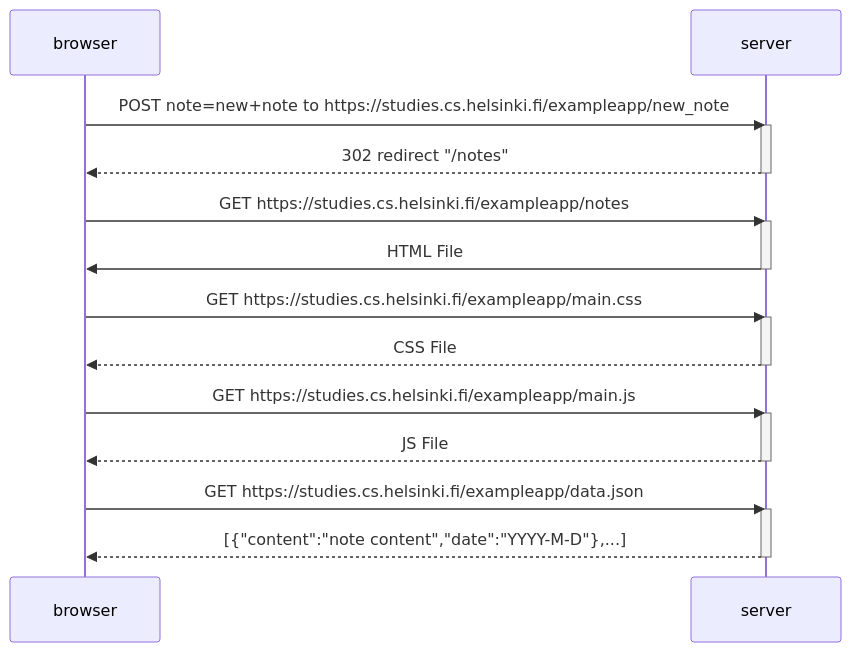
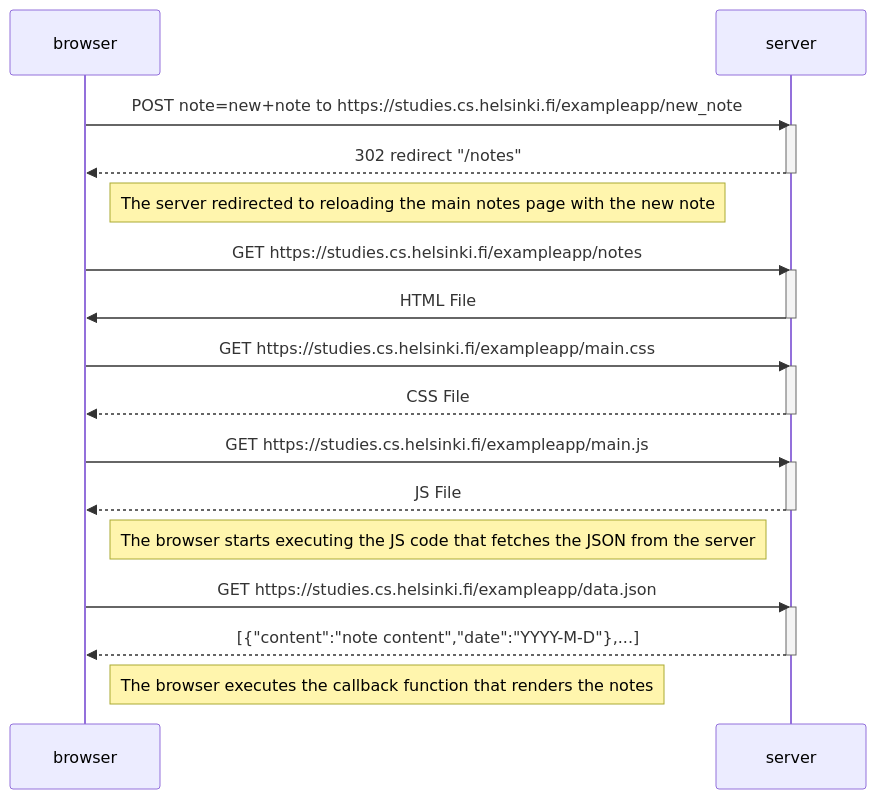
The diagram in Part0/DiagramExercises/NewNoteDiagram.md (Joehl1103/FullStackOpen-Joehl1103), drawn with Mermaid before and after one commit.

Commit message:
Update NewNoteDiagram.md
updated notes in NewNoteDiagram

````diff
--- a/Part0/DiagramExercises/NewNoteDiagram.md
+++ b/Part0/DiagramExercises/NewNoteDiagram.md
@@ -1,30 +1,36 @@
 ```mermaid
 sequenceDiagram
   participant browser
   participant server
 
   browser->>server: POST note=new+note to https://studies.cs.helsinki.fi/exampleapp/new_note
   activate server
   server-->>browser: 302 redirect "/notes"
   deactivate server
+
+  note right of browser: The server redirected to reloading the main notes page with the new note
 
   browser->>server: GET https://studies.cs.helsinki.fi/exampleapp/notes
   activate server
   server->>browser: HTML File
   deactivate server
 
   browser->>server: GET https://studies.cs.helsinki.fi/exampleapp/main.css
   activate server
   server-->>browser: CSS File
   deactivate server
 
   browser->>server: GET https://studies.cs.helsinki.fi/exampleapp/main.js
   activate server
   server-->>browser: JS File
   deactivate server
+
+  note right of browser: The browser starts executing the JS code that fetches the JSON from the server
   
   browser->>server: GET https://studies.cs.helsinki.fi/exampleapp/data.json
   activate server
   server-->>browser: [{"content":"note content","date":"YYYY-M-D"},...]
   deactivate server
+
+  note right of browser: The browser executes the callback function that renders the notes
 ```
````
